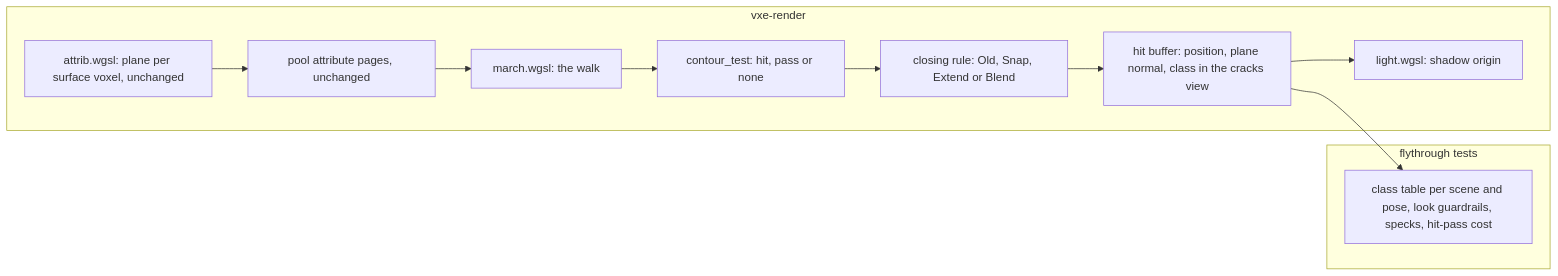
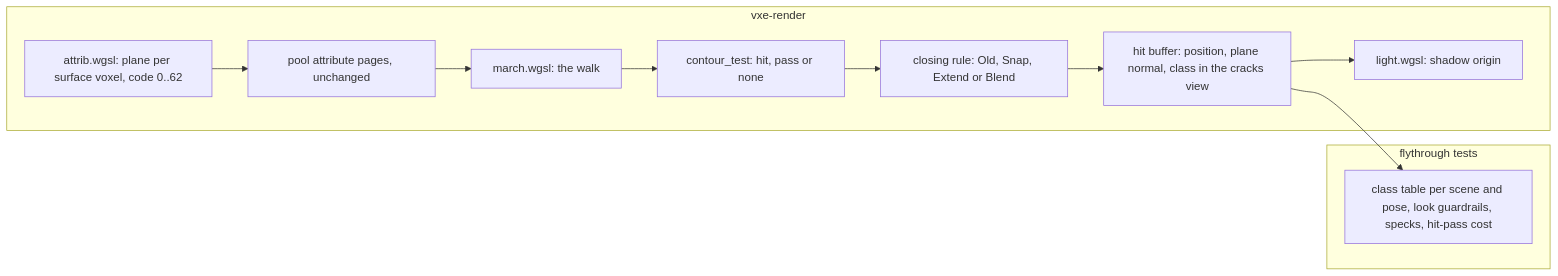
Before and after one commit to IgorKonovalov/voxel-engine: the diagram in docs/plans/0050-watertight-contour-surface-crack-spike-and-closing-rule.md, drawn with Mermaid. The commit also changed other lines of this file and 3 other files, not shown here.

````diff
--- a/docs/plans/0050-watertight-contour-surface-crack-spike-and-closing-rule.md
+++ b/docs/plans/0050-watertight-contour-surface-crack-spike-and-closing-rule.md
@@ -108,14 +129,14 @@
 ```mermaid
 flowchart LR
     subgraph vxe-render
-        A[attrib.wgsl: plane per surface voxel, unchanged] --> P[pool attribute pages, unchanged]
+        A[attrib.wgsl: plane per surface voxel, code 0..62] --> P[pool attribute pages, unchanged]
         P --> W[march.wgsl: the walk]
         W --> T[contour_test: hit, pass or none]
         T --> C[closing rule: Old, Snap, Extend or Blend]
         C --> H[hit buffer: position, plane normal, class in the cracks view]
         H --> L[light.wgsl: shadow origin]
     end
     subgraph flythrough tests
         H --> R[class table per scene and pose, look guardrails, specks, hit-pass cost]
     end
 ```
````
